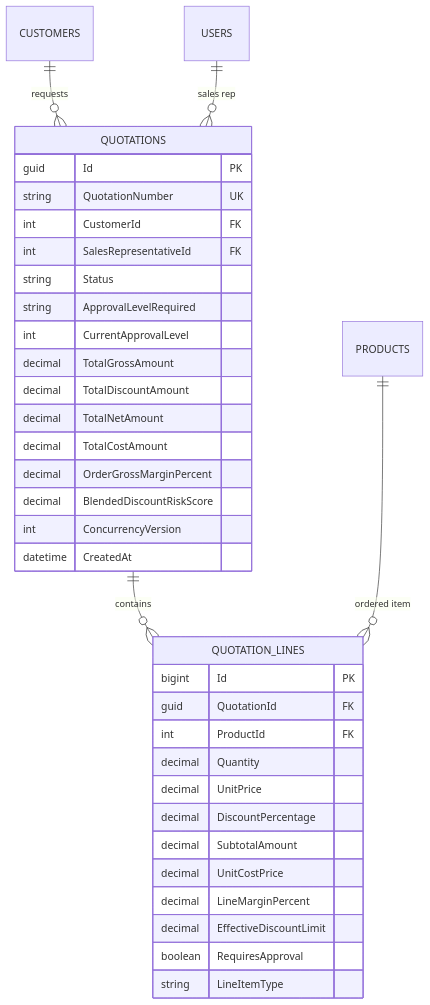
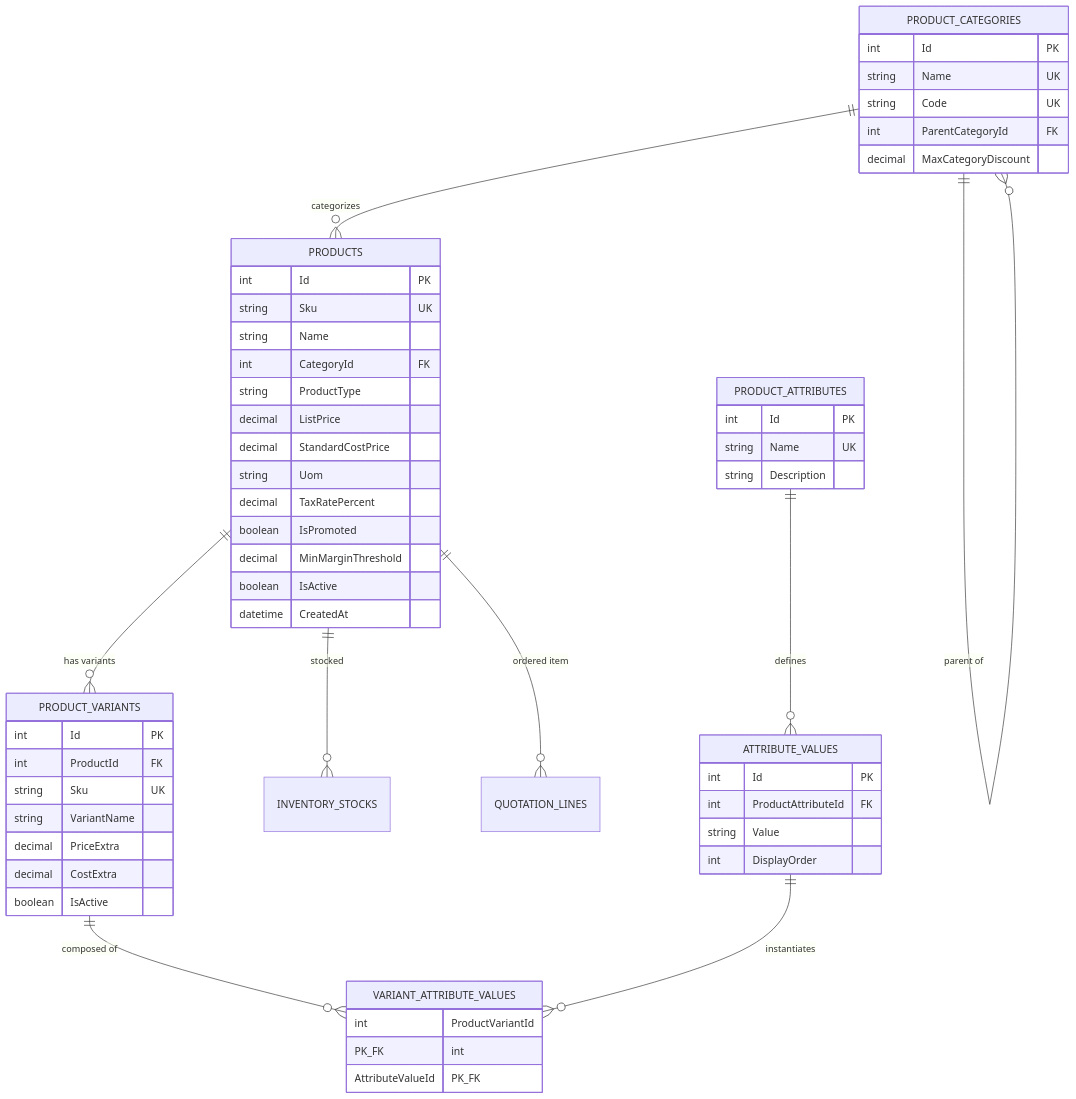
Before and after one commit to aniruddh209/Odoo-Heckathon-Gandhinagar: the third of 8 diagrams in docs/database/DEALFLOW360_ERD.md, drawn with Mermaid. The commit also changed other lines of this file and 3 other files, not shown here.

Commit message:
docs(database): integrate validated 41-entity relational schema into Master PRD and database blueprint

````diff
--- a/docs/database/DEALFLOW360_ERD.md
+++ b/docs/database/DEALFLOW360_ERD.md
@@ -90,40 +122,63 @@
 ```mermaid
 erDiagram
-    CUSTOMERS ||--o{ QUOTATIONS : "requests"
-    USERS ||--o{ QUOTATIONS : "sales rep"
-    QUOTATIONS ||--o{ QUOTATION_LINES : "contains"
+    PRODUCT_CATEGORIES ||--o{ PRODUCTS : "categorizes"
+    PRODUCT_CATEGORIES ||--o{ PRODUCT_CATEGORIES : "parent of"
+    PRODUCTS ||--o{ PRODUCT_VARIANTS : "has variants"
+    PRODUCTS ||--o{ INVENTORY_STOCKS : "stocked"
     PRODUCTS ||--o{ QUOTATION_LINES : "ordered item"
+    PRODUCT_ATTRIBUTES ||--o{ ATTRIBUTE_VALUES : "defines"
+    PRODUCT_VARIANTS ||--o{ VARIANT_ATTRIBUTE_VALUES : "composed of"
+    ATTRIBUTE_VALUES ||--o{ VARIANT_ATTRIBUTE_VALUES : "instantiates"
 
-    QUOTATIONS {
-        guid Id PK
-        string QuotationNumber UK
-        int CustomerId FK
-        int SalesRepresentativeId FK
-        string Status
-        string ApprovalLevelRequired
-        int CurrentApprovalLevel
-        decimal TotalGrossAmount
-        decimal TotalDiscountAmount
-        decimal TotalNetAmount
-        decimal TotalCostAmount
-        decimal OrderGrossMarginPercent
-        decimal BlendedDiscountRiskScore
-        int ConcurrencyVersion
+    PRODUCT_CATEGORIES {
+        int Id PK
+        string Name UK
+        string Code UK
+        int ParentCategoryId FK
+        decimal MaxCategoryDiscount
+    }
+
+    PRODUCTS {
+        int Id PK
+        string Sku UK
+        string Name
+        int CategoryId FK
+        string ProductType
+        decimal ListPrice
+        decimal StandardCostPrice
+        string Uom
+        decimal TaxRatePercent
+        boolean IsPromoted
+        decimal MinMarginThreshold
+        boolean IsActive
         datetime CreatedAt
     }
 
-    QUOTATION_LINES {
-        bigint Id PK
-        guid QuotationId FK
+    PRODUCT_ATTRIBUTES {
+        int Id PK
+        string Name UK
+        string Description
+    }
+
+    ATTRIBUTE_VALUES {
+        int Id PK
+        int ProductAttributeId FK
+        string Value
+        int DisplayOrder
+    }
+
+    PRODUCT_VARIANTS {
+        int Id PK
         int ProductId FK
-        decimal Quantity
-        decimal UnitPrice
-        decimal DiscountPercentage
-        decimal SubtotalAmount
-        decimal UnitCostPrice
-        decimal LineMarginPercent
-        decimal EffectiveDiscountLimit
-        boolean RequiresApproval
-        string LineItemType
+        string Sku UK
+        string VariantName
+        decimal PriceExtra
+        decimal CostExtra
+        boolean IsActive
+    }
+
+    VARIANT_ATTRIBUTE_VALUES {
+        int ProductVariantId PK_FK
+        int AttributeValueId PK_FK
     }
 ```
````
